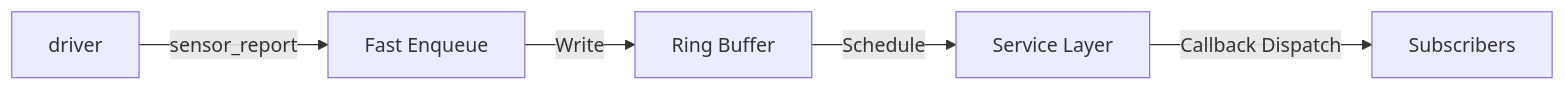
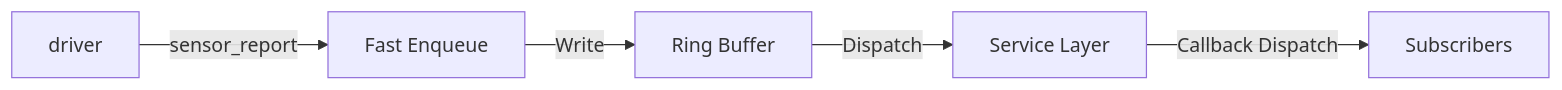
Before and after one commit to fossabot/ElenixOS-Docs: the fourth of 5 diagrams in i18n/en/docusaurus-plugin-content-docs/current/architecture/arch.mdx, drawn with Mermaid. The commit also changed other lines of this file and 47 other files, not shown here.

First line of the commit message:
docs: Update multiple documentation files and add architecture and component documentation

````diff
--- a/i18n/en/docusaurus-plugin-content-docs/current/architecture/arch.mdx
+++ b/i18n/en/docusaurus-plugin-content-docs/current/architecture/arch.mdx
@@ -287,7 +296,7 @@
 ```mermaid
 flowchart LR
     driver["driver"] -->|sensor_report| fast_queue["Fast Enqueue"]
     fast_queue -->|Write| ring_buffer["Ring Buffer"]
-    ring_buffer -->|Schedule| service_layer["Service Layer"]
+    ring_buffer -->|Dispatch| service_layer["Service Layer"]
     service_layer -->|Callback Dispatch| subscribers["Subscribers"]
 ```
````
